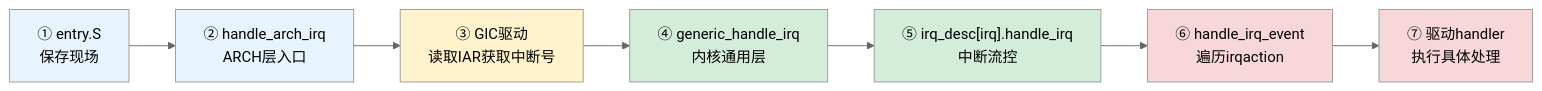
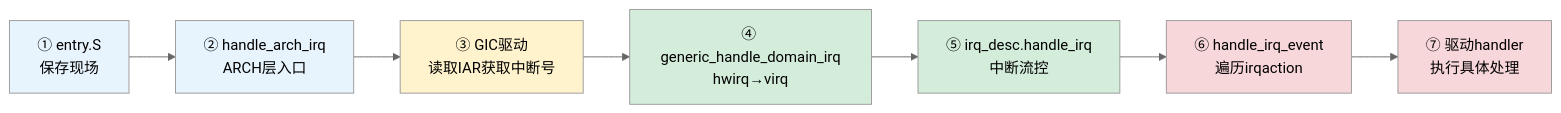
Before and after one commit to xiaohong0925/Embedded_Knowledge_System_V2026: the diagram in docs/02-核心机制深度解析/第10章 中断与时间/10.2.2_中断入口的完整路径.md, drawn with Mermaid (neutral theme). The commit also changed other lines of this file and 65 other files, not shown here.

````diff
--- a/docs/02-核心机制深度解析/第10章 中断与时间/10.2.2_中断入口的完整路径.md
+++ b/docs/02-核心机制深度解析/第10章 中断与时间/10.2.2_中断入口的完整路径.md
@@ -21,17 +20,17 @@
 ```mermaid
 flowchart LR
     A["① entry.S<br/>保存现场"] --> B["② handle_arch_irq<br/>ARCH层入口"]
     B --> C["③ GIC驱动<br/>读取IAR获取中断号"]
-    C --> D["④ generic_handle_irq<br/>内核通用层"]
-    D --> E["⑤ irq_desc[irq].handle_irq<br/>中断流控"]
+    C --> D["④ generic_handle_domain_irq<br/>hwirq→virq"]
+    D --> E["⑤ irq_desc.handle_irq<br/>中断流控"]
     E --> F["⑥ handle_irq_event<br/>遍历irqaction"]
     F --> G["⑦ 驱动handler<br/>执行具体处理"]
 
     style A fill:#e8f4fd
     style B fill:#e8f4fd
     style C fill:#fff3cd
     style D fill:#d4edda
     style E fill:#d4edda
     style F fill:#f8d7da
     style G fill:#f8d7da
 ```
````
